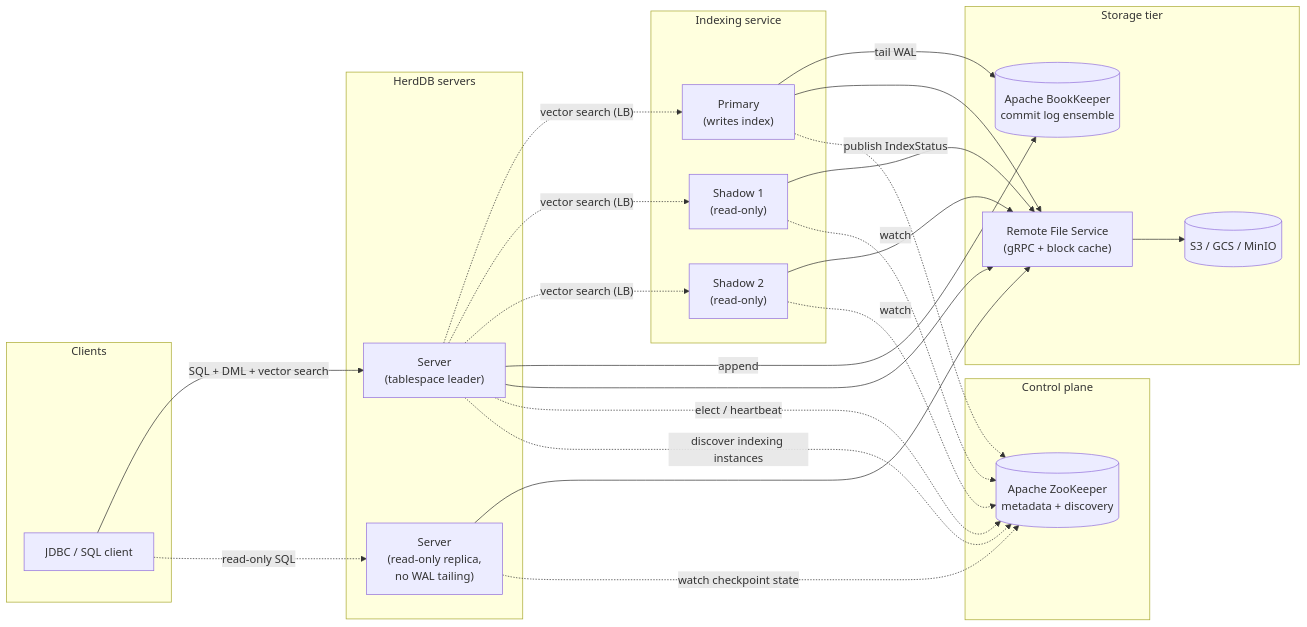
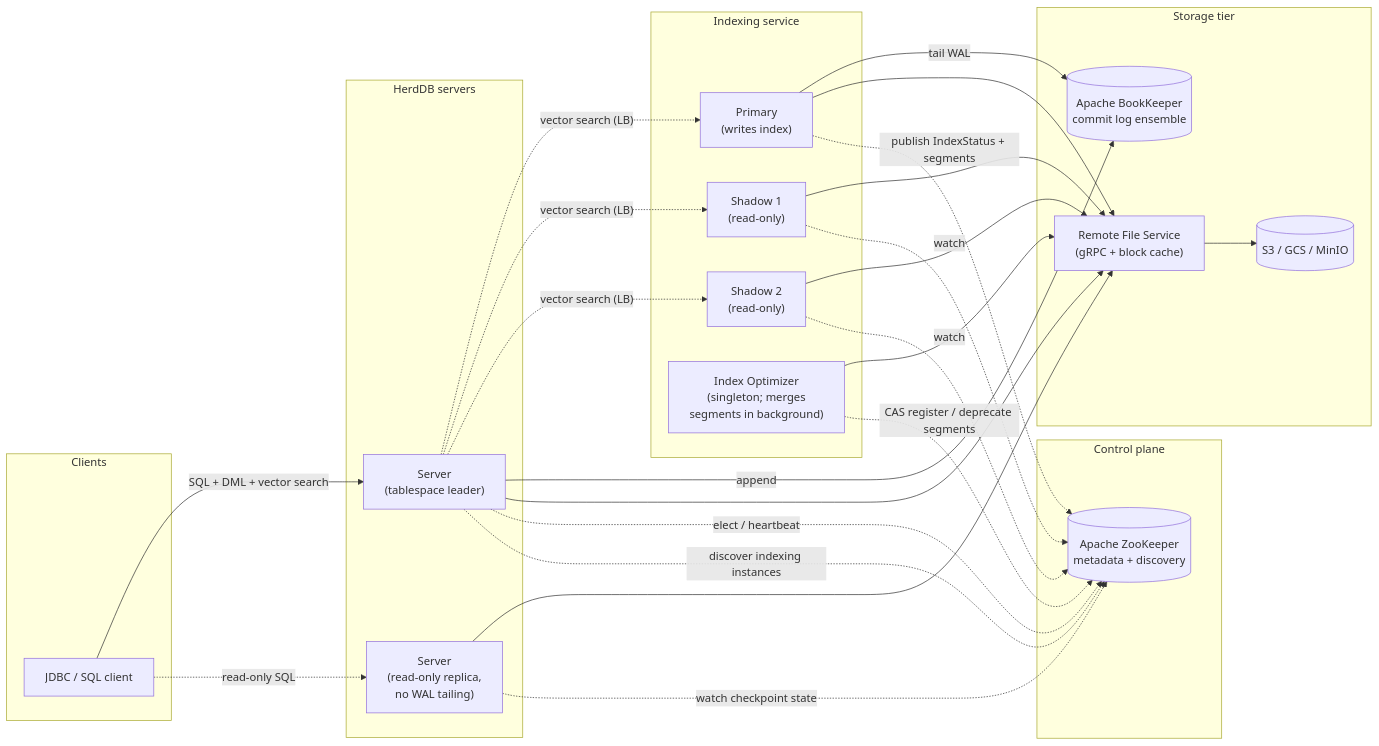
Before and after one commit to eolivelli/herddb: the first of 6 diagrams in README.md, drawn with Mermaid. The commit also changed other lines of this file and 1 other file, not shown here.

First line of the commit message:
docs: document Index Optimizer service in README and VECTOR.md (#529)

````diff
--- a/README.md
+++ b/README.md
@@ -57,50 +57,53 @@
 ```mermaid
 flowchart LR
   subgraph Clients
     CLI["JDBC / SQL client"]
   end
 
   subgraph "Control plane"
     ZK[("Apache ZooKeeper<br/>metadata + discovery")]
   end
 
   subgraph "HerdDB servers"
     Leader["Server<br/>(tablespace leader)"]
     Replica["Server<br/>(read-only replica,<br/>no WAL tailing)"]
   end
 
   subgraph "Indexing service"
     ISvcP["Primary<br/>(writes index)"]
     ISvcS1["Shadow 1<br/>(read-only)"]
     ISvcS2["Shadow 2<br/>(read-only)"]
+    IndexOpt["Index Optimizer<br/>(singleton; merges<br/>segments in background)"]
   end
 
   subgraph "Storage tier"
     BK[("Apache BookKeeper<br/>commit log ensemble")]
     RFS["Remote File Service<br/>(gRPC + block cache)"]
     OBJ[("S3 / GCS / MinIO")]
   end
 
   CLI -->|SQL + DML + vector search| Leader
   CLI -. read-only SQL .-> Replica
   Leader -. vector search (LB) .-> ISvcP
   Leader -. vector search (LB) .-> ISvcS1
   Leader -. vector search (LB) .-> ISvcS2
 
   Leader -->|append| BK
   ISvcP -->|tail WAL| BK
 
   Leader --> RFS
   Replica --> RFS
   ISvcP --> RFS
   ISvcS1 --> RFS
   ISvcS2 --> RFS
+  IndexOpt --> RFS
   RFS --> OBJ
 
   Leader -. elect / heartbeat .-> ZK
   Replica -. watch checkpoint state .-> ZK
   Leader -. discover indexing instances .-> ZK
-  ISvcP -. publish IndexStatus .-> ZK
+  ISvcP -. publish IndexStatus + segments .-> ZK
   ISvcS1 -. watch .-> ZK
   ISvcS2 -. watch .-> ZK
+  IndexOpt -. CAS register / deprecate segments .-> ZK
 ```
````
